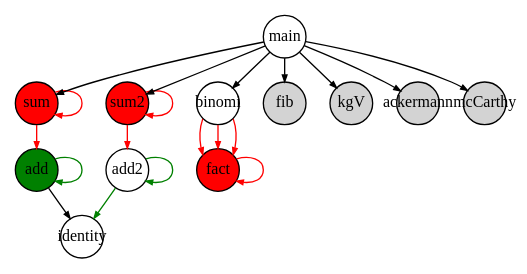
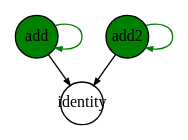
One commit to ParasManiAdhikari/TranspilerC changed the diagram in photo.gv. Above: the diagram before and after it, drawn with Graphviz. The commit also changed 3 other files, not shown here.

Commit message:
add -> identity green not working

```diff
--- a/photo.gv
+++ b/photo.gv
@@ -1,28 +1,12 @@
   digraph G {
     ranksep=.25; 
     edge [arrowsize=.5]
     node [shape=circle, style=filled, fontname="ArialNarrow",
           fontsize=12, fixedsize=true, height=.45];
-    add [fillcolor=green]; 
-    sum [fillcolor=red]; sum2 [fillcolor=red]; fact [fillcolor=red]; 
-    main [fillcolor=white]; identity [fillcolor=white]; add2 [fillcolor=white]; binomi [fillcolor=white]; 
+    add [fillcolor=green]; add2 [fillcolor=green]; 
+    identity [fillcolor=white]; 
     add -> add [color=green]; 
     add2 -> add2 [color=green]; 
-    add2 -> identity [color=green]; 
-    sum -> sum [color=red]; 
-    sum -> add [color=red]; 
-    sum2 -> sum2 [color=red]; 
-    sum2 -> add2 [color=red]; 
-    binomi -> fact [color=red]; 
-    binomi -> fact [color=red]; 
-    binomi -> fact [color=red]; 
-    fact -> fact [color=red]; 
-    main -> sum [color=black]; 
-    main -> sum2 [color=black]; 
-    main -> binomi [color=black]; 
-    main -> fib [color=black]; 
-    main -> kgV [color=black]; 
-    main -> ackermann [color=black]; 
-    main -> mcCarthy [color=black]; 
     add -> identity [color=black]; 
+    add2 -> identity [color=black]; 
   }
```
